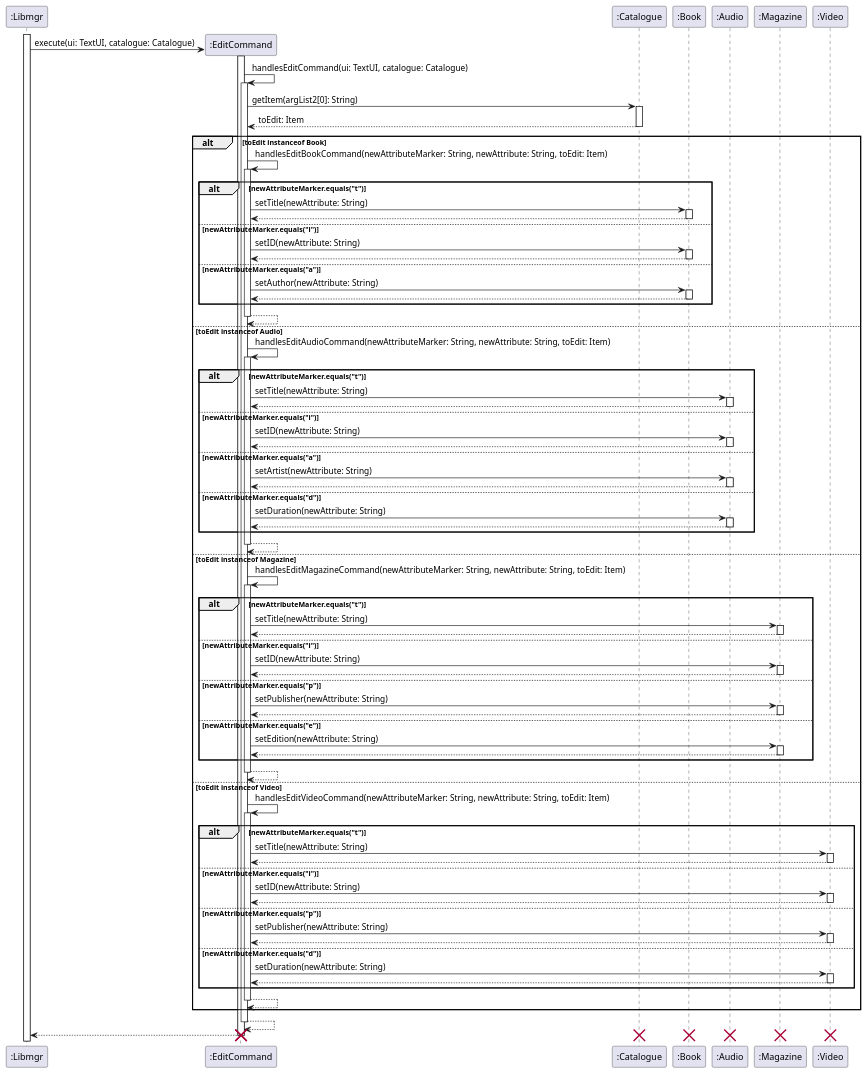
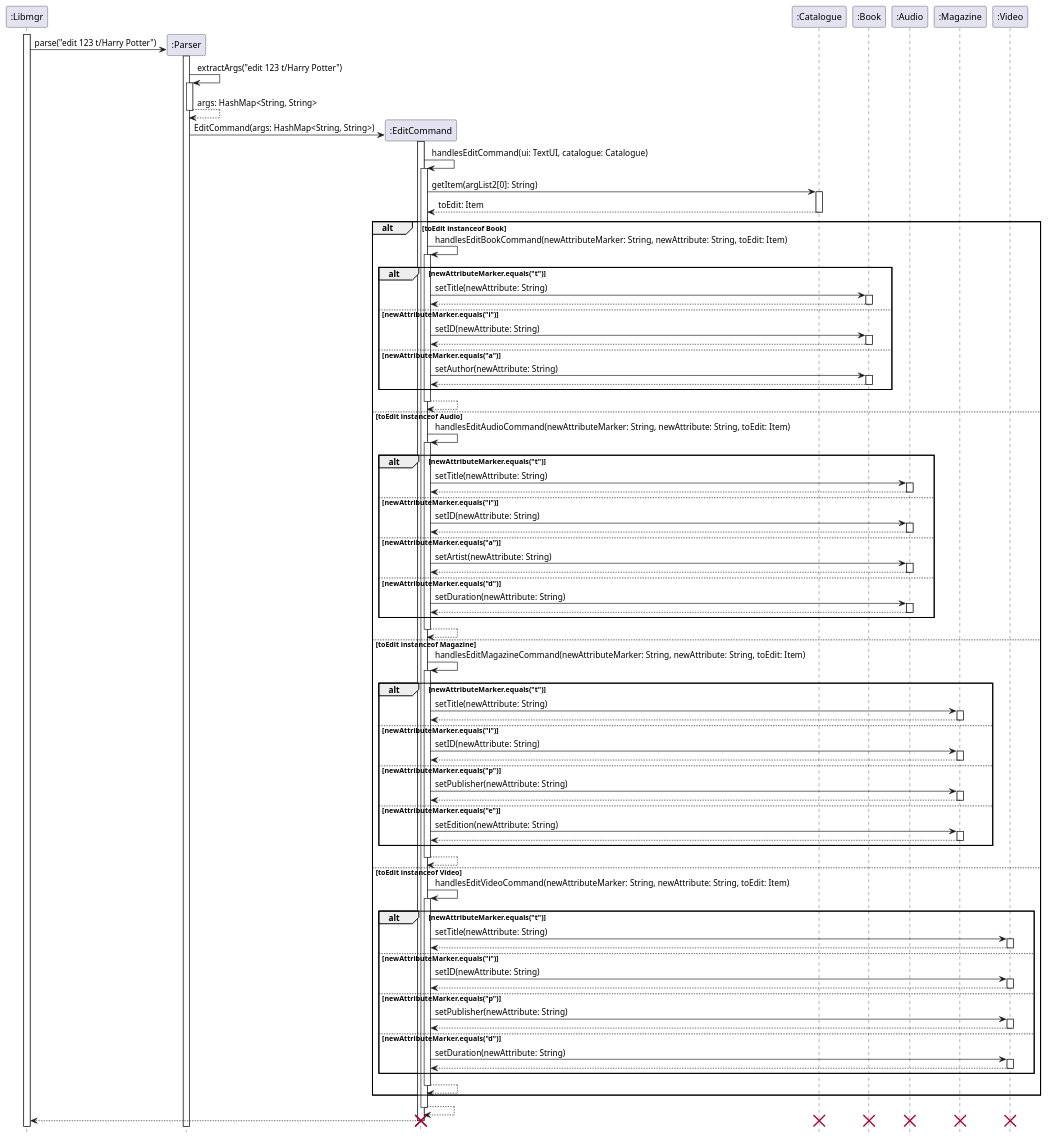
One commit to nus-cs2113-AY2122S1/tp changed the diagram in docs/diagrams/EditCommandSequence.puml. Above: the diagram before and after it, drawn with PlantUML.

Commit message:
Update Edit Command Sequence diagram (halfway)

```diff
--- a/docs/diagrams/EditCommandSequence.puml
+++ b/docs/diagrams/EditCommandSequence.puml
@@ -1,151 +1,165 @@
 @startuml
 'https://plantuml.com/sequence-diagram
 
 participant ":Libmgr" as Libmgr
+participant ":Parser" as Parser
 participant ":EditCommand" as EditCommand
 participant ":Catalogue" as Catalogue
 participant ":Book" as Book
 participant ":Audio" as Audio
 participant ":Magazine" as Magazine
 participant ":Video" as Video
 
+hide footbox
+
 
 activate Libmgr
+create Parser
+Libmgr -> Parser: parse("edit 123 t/Harry Potter")
+activate Parser
+Parser -> Parser: extractArgs("edit 123 t/Harry Potter")
+activate Parser
+Parser --> Parser: args: HashMap<String, String>
+deactivate Parser
 create EditCommand
-Libmgr -> EditCommand: execute(ui: TextUI, catalogue: Catalogue)
+Parser -> EditCommand: EditCommand(args: HashMap<String, String>)
 activate EditCommand
+
+
+
+
 EditCommand -> EditCommand: handlesEditCommand(ui: TextUI, catalogue: Catalogue)
 activate EditCommand
 EditCommand -> Catalogue: getItem(argList2[0]: String)
 activate Catalogue
 Catalogue --> EditCommand: toEdit: Item
 deactivate Catalogue
 
 alt toEdit instanceof Book
     EditCommand -> EditCommand: handlesEditBookCommand(newAttributeMarker: String, newAttribute: String, toEdit: Item)
     activate EditCommand
 
     alt newAttributeMarker.equals("t")
         EditCommand -> Book: setTitle(newAttribute: String)
         activate Book
         Book --> EditCommand
         deactivate Book
     else newAttributeMarker.equals("i")
         EditCommand -> Book: setID(newAttribute: String)
         activate Book
         Book --> EditCommand
         deactivate Book
     else newAttributeMarker.equals("a")
         EditCommand -> Book: setAuthor(newAttribute: String)
         activate Book
         Book --> EditCommand
         deactivate Book
     end
 
     EditCommand --> EditCommand
     deactivate EditCommand
 
 else toEdit instanceof Audio
     EditCommand -> EditCommand: handlesEditAudioCommand(newAttributeMarker: String, newAttribute: String, toEdit: Item)
     activate EditCommand
 
     alt newAttributeMarker.equals("t")
         EditCommand -> Audio: setTitle(newAttribute: String)
         activate Audio
         Audio --> EditCommand
         deactivate Audio
     else newAttributeMarker.equals("i")
         EditCommand -> Audio: setID(newAttribute: String)
         activate Audio
         Audio --> EditCommand
         deactivate Audio
     else newAttributeMarker.equals("a")
         EditCommand -> Audio: setArtist(newAttribute: String)
         activate Audio
         Audio --> EditCommand
         deactivate Audio
     else newAttributeMarker.equals("d")
         EditCommand -> Audio: setDuration(newAttribute: String)
         activate Audio
         Audio --> EditCommand
         deactivate Audio
     end
 
     EditCommand --> EditCommand
     deactivate EditCommand
 
 else toEdit instanceof Magazine
     EditCommand -> EditCommand: handlesEditMagazineCommand(newAttributeMarker: String, newAttribute: String, toEdit: Item)
     activate EditCommand
 
     alt newAttributeMarker.equals("t")
         EditCommand -> Magazine: setTitle(newAttribute: String)
         activate Magazine
         Magazine --> EditCommand
         deactivate Magazine
     else newAttributeMarker.equals("i")
         EditCommand -> Magazine: setID(newAttribute: String)
         activate Magazine
         Magazine --> EditCommand
         deactivate Magazine
     else newAttributeMarker.equals("p")
         EditCommand -> Magazine: setPublisher(newAttribute: String)
         activate Magazine
         Magazine --> EditCommand
         deactivate Magazine
     else newAttributeMarker.equals("e")
         EditCommand -> Magazine: setEdition(newAttribute: String)
         activate Magazine
         Magazine --> EditCommand
         deactivate Magazine
     end
 
     EditCommand --> EditCommand
     deactivate EditCommand
 
 else toEdit instanceof Video
     EditCommand -> EditCommand: handlesEditVideoCommand(newAttributeMarker: String, newAttribute: String, toEdit: Item)
     activate EditCommand
 
     alt newAttributeMarker.equals("t")
         EditCommand -> Video: setTitle(newAttribute: String)
         activate Video
         Video --> EditCommand
         deactivate Video
     else newAttributeMarker.equals("i")
         EditCommand -> Video: setID(newAttribute: String)
         activate Video
         Video --> EditCommand
         deactivate Video
     else newAttributeMarker.equals("p")
         EditCommand -> Video: setPublisher(newAttribute: String)
         activate Video
         Video --> EditCommand
         deactivate Video
     else newAttributeMarker.equals("d")
         EditCommand -> Video: setDuration(newAttribute: String)
         activate Video
         Video --> EditCommand
         deactivate Video
     end
 
     EditCommand --> EditCommand
     deactivate EditCommand
 end
 
 EditCommand --> EditCommand
 deactivate EditCommand
 
 EditCommand --> Libmgr
 deactivate EditCommand
 
 destroy Book
 destroy Audio
 destroy Magazine
 destroy Video
 destroy EditCommand
 destroy Catalogue
 destroy EditCommand
 
 
 @enduml
```
